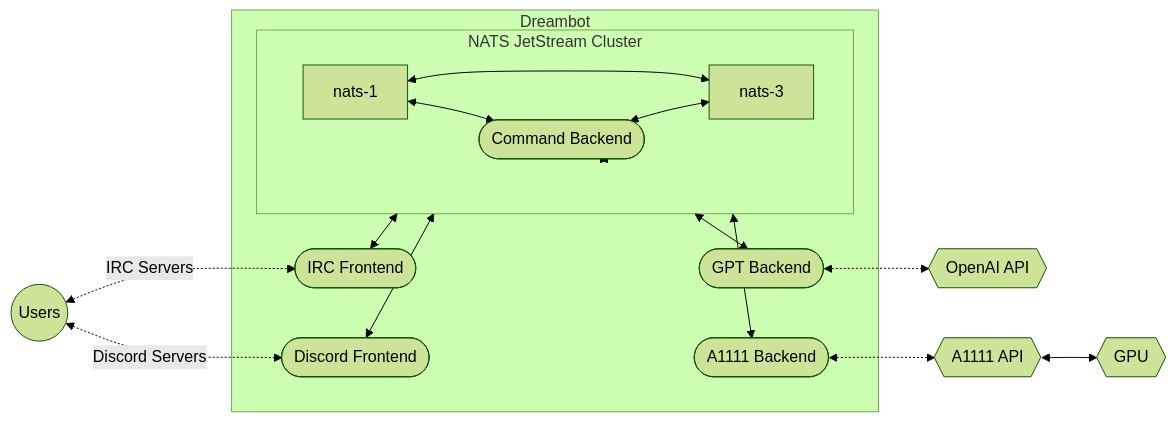
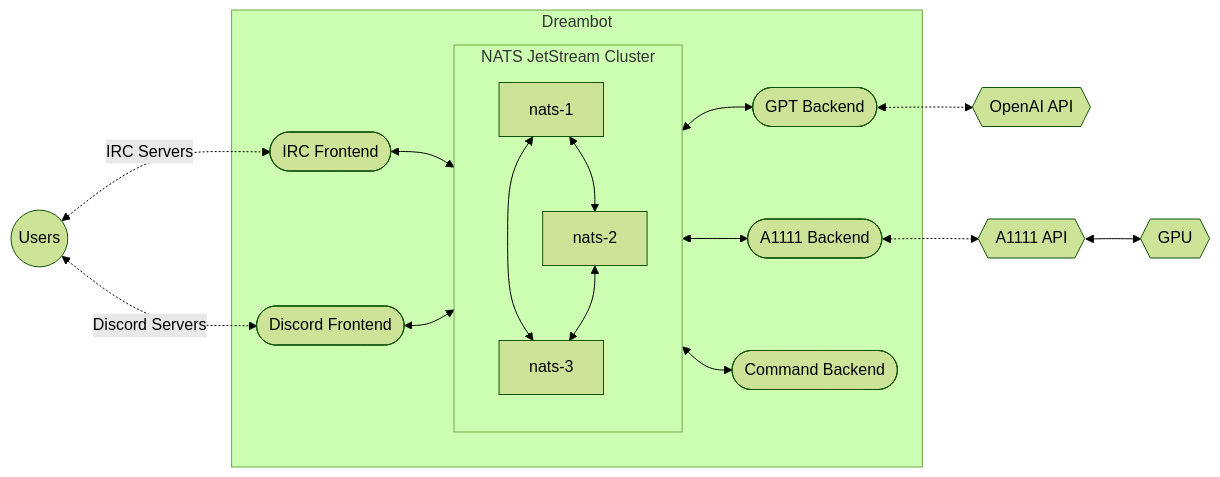
Before and after one commit to cmsj/dreambot: the diagram in README.md, drawn with Mermaid (forest theme).

Commit message:
Add Command backend to mermaid diagram

````diff
--- a/README.md
+++ b/README.md
@@ -11,24 +11,24 @@
 ```mermaid
 flowchart LR
     subgraph NATS [ NATS JetStream Cluster]
         C[nats-1]
         I[nats-2]
         J[nats-3]
 
         C <--> I
         C <--> J
         I <--> J
     end
     subgraph Dreambot
         B([IRC Frontend])
         E([GPT Backend])
         D([Discord Frontend])
         F([A1111 Backend])
-        I([Command Backend])
+        K([Command Backend])
         NATS
     end
     A((Users)) <-. IRC Servers .-> B <--> NATS <--> E <-.-> G{{OpenAI API}}
     A <-. Discord Servers .-> D <--> NATS <--> F <-.-> H{{A1111 API}} <--> L{{GPU}}
-    NATS <--> I
+    NATS <--> K
 
 ```
````
